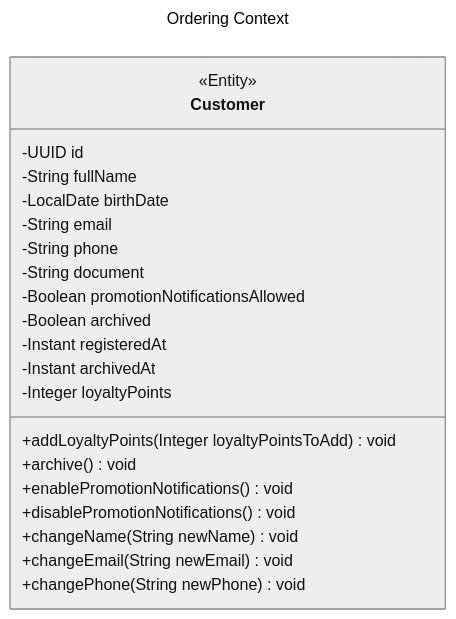
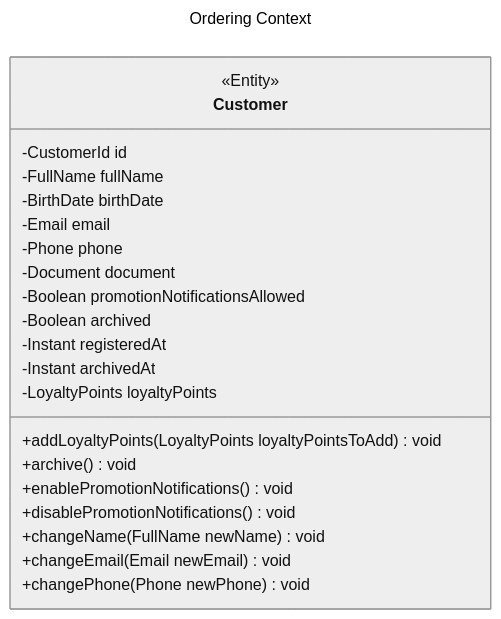
One commit to allissonnunes/ems-algashop-docs changed the diagram in domain-model.mmd. Above: the diagram before and after it, drawn with Mermaid (neutral theme).

Commit message:
Update customer domain model diagram with value objects for attributes

```diff
--- a/domain-model.mmd
+++ b/domain-model.mmd
@@ -1,26 +1,26 @@
 ---
 title: Ordering Context
 ---
 
 classDiagram
     class Customer {
         <<Entity>>
-        -UUID id
-        -String fullName
-        -LocalDate birthDate
-        -String email
-        -String phone
-        -String document
+        -CustomerId id
+        -FullName fullName
+        -BirthDate birthDate
+        -Email email
+        -Phone phone
+        -Document document
         -Boolean promotionNotificationsAllowed
         -Boolean archived
         -Instant registeredAt
         -Instant archivedAt
-        -Integer loyaltyPoints
-        +addLoyaltyPoints(Integer loyaltyPointsToAdd) void
+        -LoyaltyPoints loyaltyPoints
+        +addLoyaltyPoints(LoyaltyPoints loyaltyPointsToAdd) void
         +archive() void
         +enablePromotionNotifications() void
         +disablePromotionNotifications() void
-        +changeName(String newName) void
-        +changeEmail(String newEmail) void
-        +changePhone(String newPhone) void
+        +changeName(FullName newName) void
+        +changeEmail(Email newEmail) void
+        +changePhone(Phone newPhone) void
     }
```
